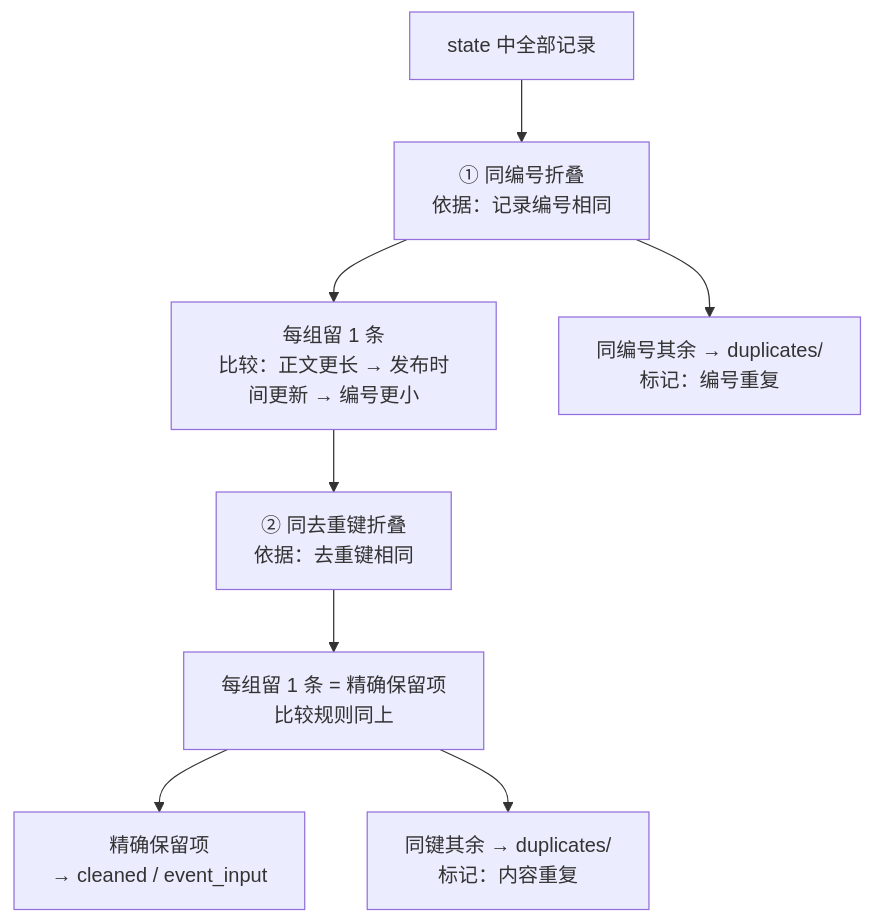
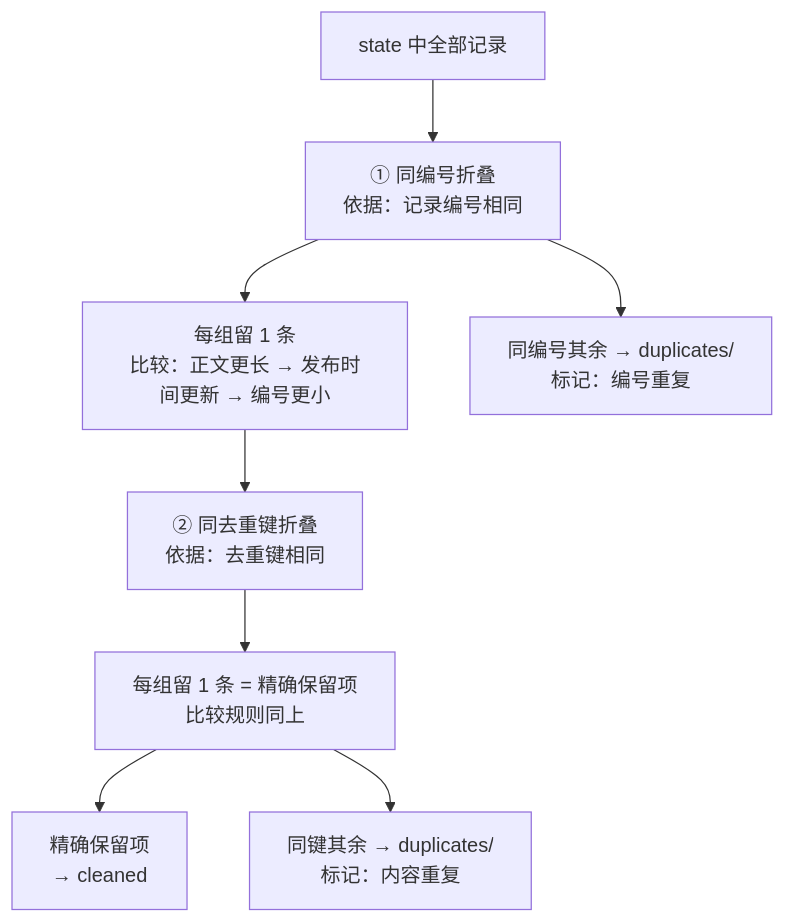
Before and after one commit to cmy-hhxx/aime_event: the fourth of 5 diagrams in docs/cleaning.md, drawn with Mermaid. The commit also changed other lines of this file and 11 other files, not shown here.

First line of the commit message:
refactor(cleaning): 移除 event_input 辅助输出及其 schema 残留

````diff
--- a/docs/cleaning.md
+++ b/docs/cleaning.md
@@ -142,12 +142,12 @@
 ```mermaid
 flowchart TB
     ALL["state 中全部记录"] --> R1["① 同编号折叠\n依据：记录编号相同"]
 
     R1 --> W1["每组留 1 条\n比较：正文更长 → 发布时间更新 → 编号更小"]
     W1 --> R2["② 同去重键折叠\n依据：去重键相同"]
 
     R2 --> W2["每组留 1 条 = 精确保留项\n比较规则同上"]
-    W2 --> KEEP["精确保留项\n→ cleaned / event_input"]
+    W2 --> KEEP["精确保留项\n→ cleaned"]
     W2 --> DUP1["同键其余 → duplicates/\n标记：内容重复"]
     R1 --> DUP2["同编号其余 → duplicates/\n标记：编号重复"]
 ```
````
